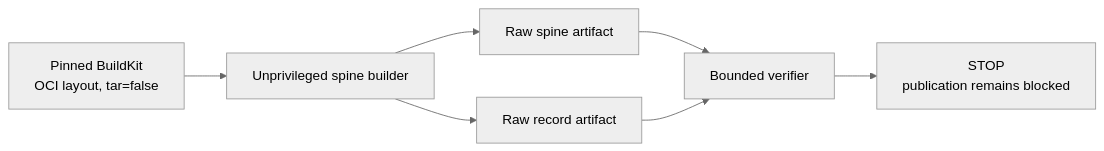
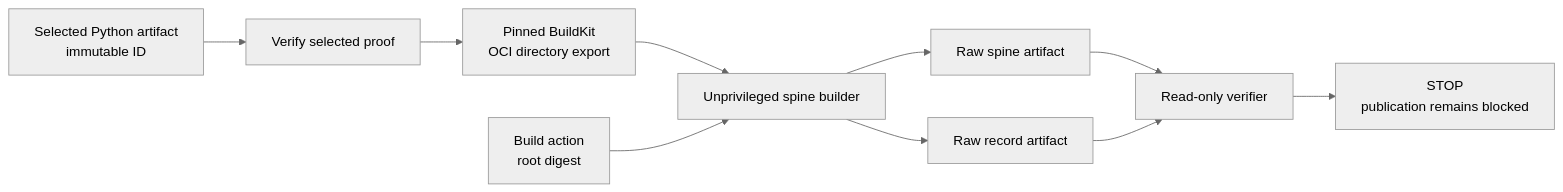
One commit to stampbot/extra-codeowners changed the diagram in docs/reference/release-spine-format.md. Above: the diagram before and after it, drawn with Mermaid (neutral theme). The commit also changed other lines of this file and 10 other files, not shown here.

First line of the commit message:
security: build release spine from real OCI output (#61)

````diff
--- a/docs/reference/release-spine-format.md
+++ b/docs/reference/release-spine-format.md
@@ -27,9 +36,12 @@
 ```mermaid
 flowchart LR
-    A[Pinned BuildKit<br>OCI layout, tar=false] --> B[Unprivileged spine builder]
-    B --> C[Raw spine artifact]
-    B --> D[Raw record artifact]
-    C --> E[Bounded verifier]
-    D --> E
-    E --> F[STOP<br>publication remains blocked]
+    A[Selected Python artifact<br>immutable ID] --> B[Verify selected proof]
+    B --> C[Pinned BuildKit<br>OCI directory export]
+    C --> D[Unprivileged spine builder]
+    E[Build action<br>root digest] --> D
+    D --> F[Raw spine artifact]
+    D --> G[Raw record artifact]
+    F --> H[Read-only verifier]
+    G --> H
+    H --> I[STOP<br>publication remains blocked]
 ```
````
